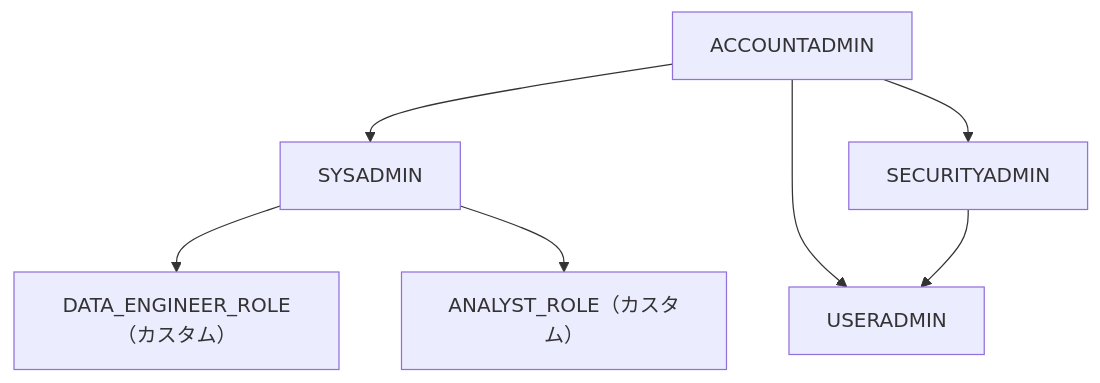
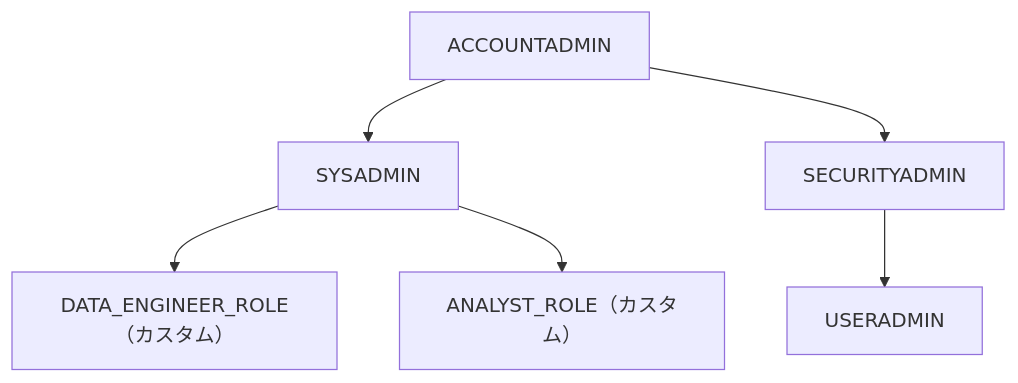
One commit to Katsunori04/snowflake-hands-on changed the diagram in sql/A3_security_rbac.md. Above: the diagram before and after it, drawn with Mermaid.

Commit message:
fix: Mermaid図のUSERADMIN二重矢印を削除
ACCOUNTADMIN --> USERADMIN の誤った矢印を削除。
正しくは SECURITYADMIN --> USERADMIN の階層のみ。

````diff
--- a/sql/A3_security_rbac.md
+++ b/sql/A3_security_rbac.md
@@ -41,9 +41,8 @@
 ```mermaid
 graph TD
   ACCOUNTADMIN --> SYSADMIN
   ACCOUNTADMIN --> SECURITYADMIN
-  ACCOUNTADMIN --> USERADMIN
   SYSADMIN --> DATA_ENGINEER_ROLE["DATA_ENGINEER_ROLE（カスタム）"]
   SYSADMIN --> ANALYST_ROLE["ANALYST_ROLE（カスタム）"]
   SECURITYADMIN --> USERADMIN
 ```
````
